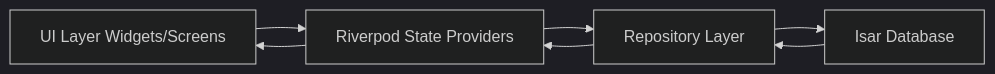
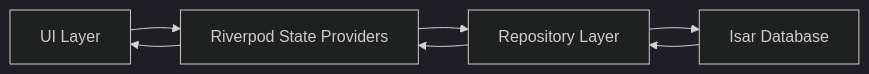
Before and after one commit to DhruvChaurasia9403/Spendwise: the second of 4 diagrams in README.md, drawn with Mermaid (dark theme). The commit also changed other lines of this file and 1 other file, not shown here.

````diff
--- a/README.md
+++ b/README.md
@@ -79,10 +37,10 @@
 ```mermaid
 flowchart LR
-UI[UI Layer Widgets/Screens] --> State[Riverpod State Providers]
+UI[UI Layer] --> State[Riverpod State Providers]
 State --> Repo[Repository Layer]
 Repo --> DB[Isar Database]
 
     DB --> Repo
     Repo --> State
     State --> UI
 ```
````
